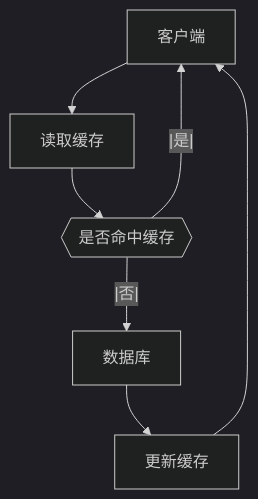
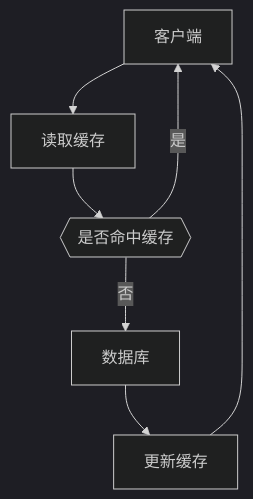
One commit to whlit/whlit.github.io changed the diagram in docs/redis/redis-cache.md. Above: the diagram before and after it, drawn with Mermaid (dark theme).

Commit message:
fix: 流程图修改

````diff
--- a/docs/redis/redis-cache.md
+++ b/docs/redis/redis-cache.md
@@ -14,6 +14,6 @@
 ```mermaid
 graph TD
     Client[客户端] --> C[读取缓存] --> T{{是否命中缓存}}
-    T --|是|--> Client
-    T --|否|--> DB[数据库] --> Cache[更新缓存] --> Client
+    T --是--> Client
+    T --否--> DB[数据库] --> Cache[更新缓存] --> Client
 ```
````
